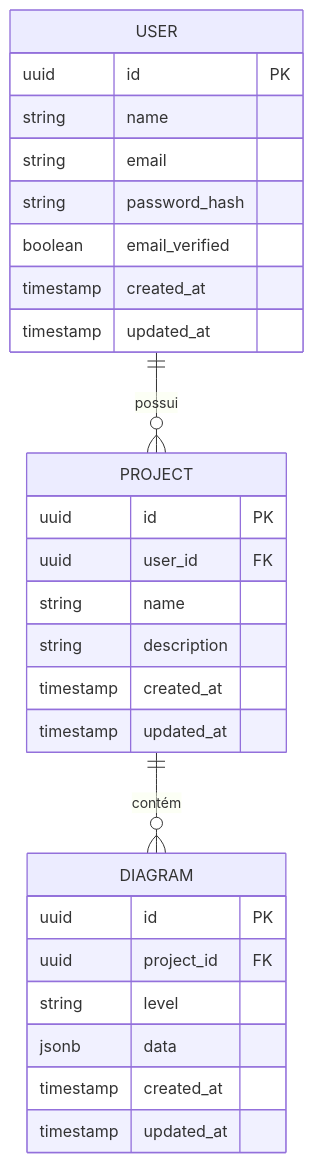
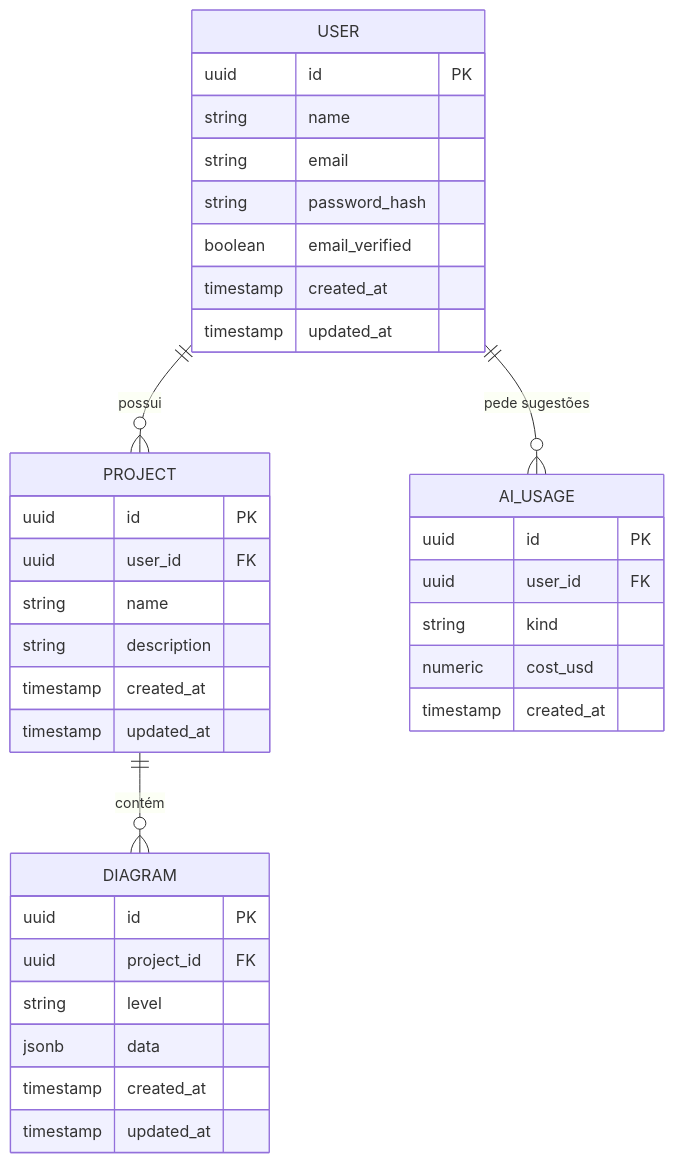
The diagram in RFC/capitulo-5/5.2-modelo-de-dados.md (JGTamanini/C4Diagrams), drawn with Mermaid before and after one commit. The commit also changed other lines of this file and 8 other files, not shown here.

````diff
--- a/RFC/capitulo-5/5.2-modelo-de-dados.md
+++ b/RFC/capitulo-5/5.2-modelo-de-dados.md
@@ -9,33 +9,42 @@
 ```mermaid
 erDiagram
     USER {
         uuid id PK
         string name
         string email
         string password_hash
         boolean email_verified
         timestamp created_at
         timestamp updated_at
     }
 
     PROJECT {
         uuid id PK
         uuid user_id FK
         string name
         string description
         timestamp created_at
         timestamp updated_at
     }
 
     DIAGRAM {
         uuid id PK
         uuid project_id FK
         string level
         jsonb data
         timestamp created_at
         timestamp updated_at
     }
 
+    AI_USAGE {
+        uuid id PK
+        uuid user_id FK
+        string kind
+        numeric cost_usd
+        timestamp created_at
+    }
+
     USER ||--o{ PROJECT : "possui"
     PROJECT ||--o{ DIAGRAM : "contém"
+    USER ||--o{ AI_USAGE : "pede sugestões"
 ```
````
